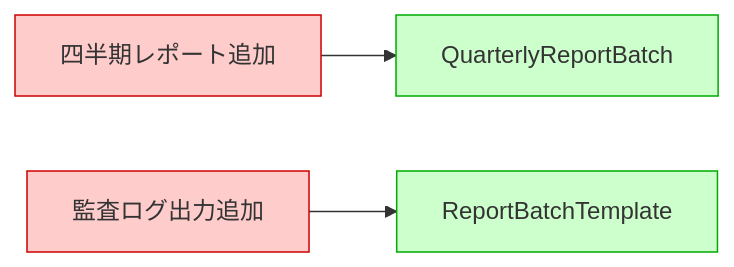
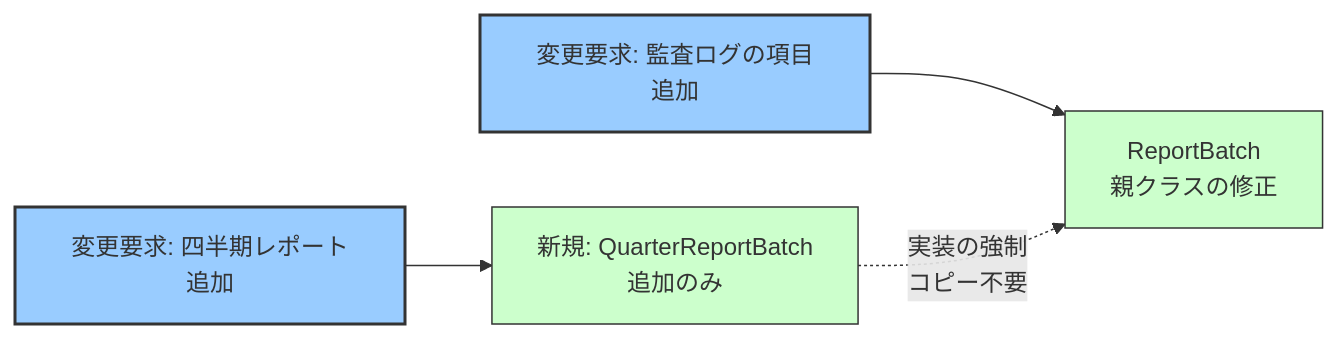
Before and after one commit to kumachan1101-pixel/DesignPattern: the fifth of 6 diagrams in kindle/design-patterns/output/chapter04.md, drawn with Mermaid. The commit also changed other lines of this file and 1 other file, not shown here.

````diff
--- a/kindle/design-patterns/output/chapter04.md
+++ b/kindle/design-patterns/output/chapter04.md
@@ -653,10 +854,12 @@
 ```mermaid
 graph LR
-    ChangeRequest1[四半期レポート追加] --> QuarterlyReportBatch
-    ChangeRequest2[監査ログ出力追加] --> ReportBatchTemplate
+    Req1[変更要求: 監査ログの項目追加] --> ReportBatch[ReportBatch<br/>親クラスの修正]
+    
+    Req2[変更要求: 四半期レポート追加] --> QuarterReportBatch[新規: QuarterReportBatch<br/>追加のみ]
+    QuarterReportBatch -.-> |実装の強制<br/>コピー不要| ReportBatch
 
-    style ChangeRequest1 fill:#ffcccc,stroke:#cc0000
-    style ChangeRequest2 fill:#ffcccc,stroke:#cc0000
-    style QuarterlyReportBatch fill:#ccffcc,stroke:#00aa00
-    style ReportBatchTemplate fill:#ccffcc,stroke:#00aa00
+    style Req1 fill:#99ccff,stroke:#333,stroke-width:2px
+    style Req2 fill:#99ccff,stroke:#333,stroke-width:2px
+    style ReportBatch fill:#ccffcc,stroke:#333
+    style QuarterReportBatch fill:#ccffcc,stroke:#333
 ```
````
